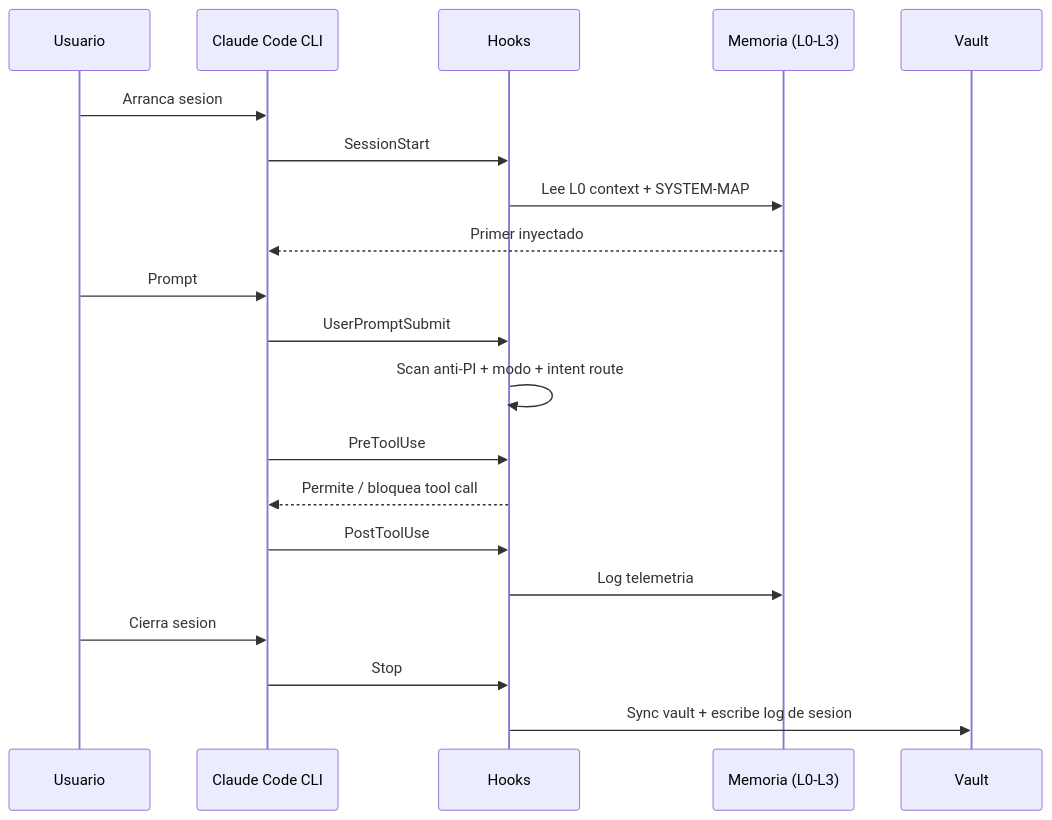
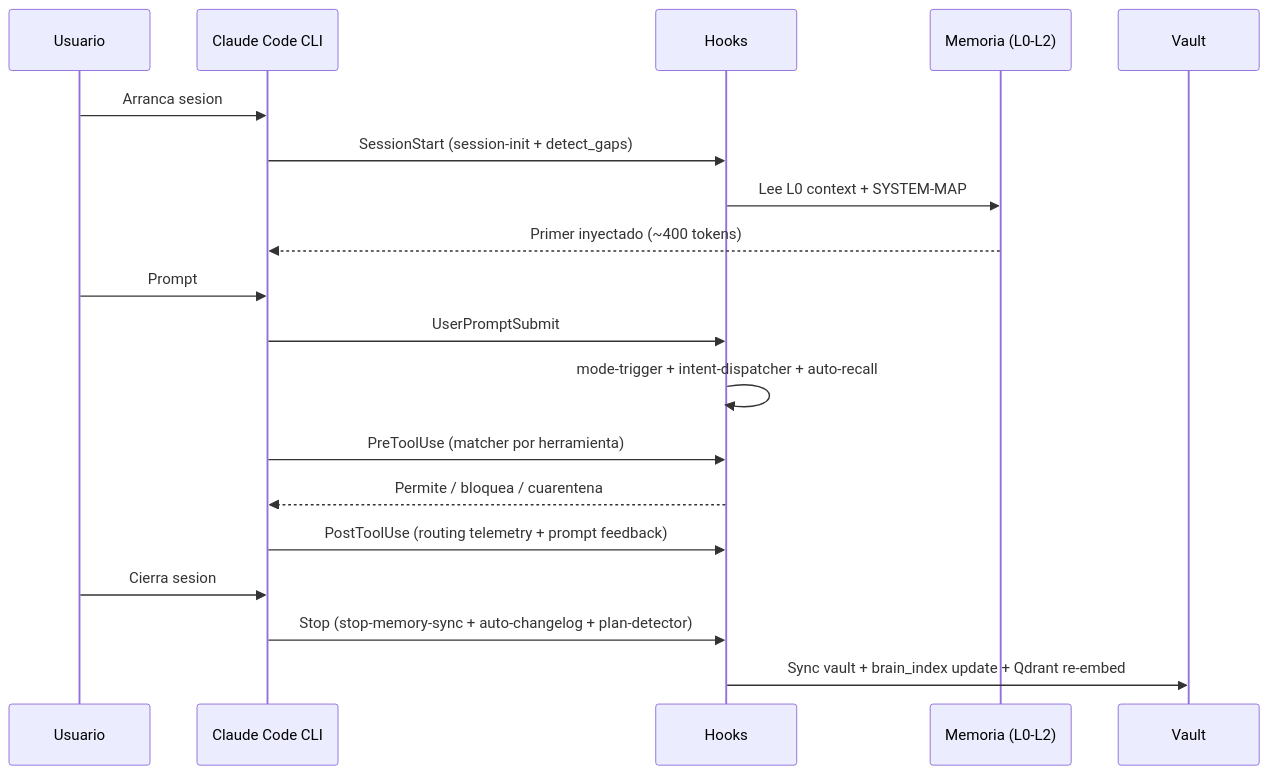
Before and after one commit to SkiTemplar/ultron-control-center: the first of 2 diagrams in README.es.md, drawn with Mermaid. The commit also changed other lines of this file and 15 other files, not shown here.

````diff
--- a/README.es.md
+++ b/README.es.md
@@ -136,23 +138,22 @@
 ```mermaid
 sequenceDiagram
     participant U as Usuario
     participant CC as Claude Code CLI
     participant H as Hooks
-    participant M as Memoria (L0-L3)
+    participant M as Memoria (L0-L2)
     participant V as Vault
 
     U->>CC: Arranca sesion
-    CC->>H: SessionStart
+    CC->>H: SessionStart (session-init + detect_gaps)
     H->>M: Lee L0 context + SYSTEM-MAP
-    M-->>CC: Primer inyectado
+    M-->>CC: Primer inyectado (~400 tokens)
     U->>CC: Prompt
     CC->>H: UserPromptSubmit
-    H->>H: Scan anti-PI + modo + intent route
-    CC->>H: PreToolUse
-    H-->>CC: Permite / bloquea tool call
-    CC->>H: PostToolUse
-    H->>M: Log telemetria
+    H->>H: mode-trigger + intent-dispatcher + auto-recall
+    CC->>H: PreToolUse (matcher por herramienta)
+    H-->>CC: Permite / bloquea / cuarentena
+    CC->>H: PostToolUse (routing telemetry + prompt feedback)
     U->>CC: Cierra sesion
-    CC->>H: Stop
-    H->>V: Sync vault + escribe log de sesion
+    CC->>H: Stop (stop-memory-sync + auto-changelog + plan-detector)
+    H->>V: Sync vault + brain_index update + Qdrant re-embed
 ```
````
